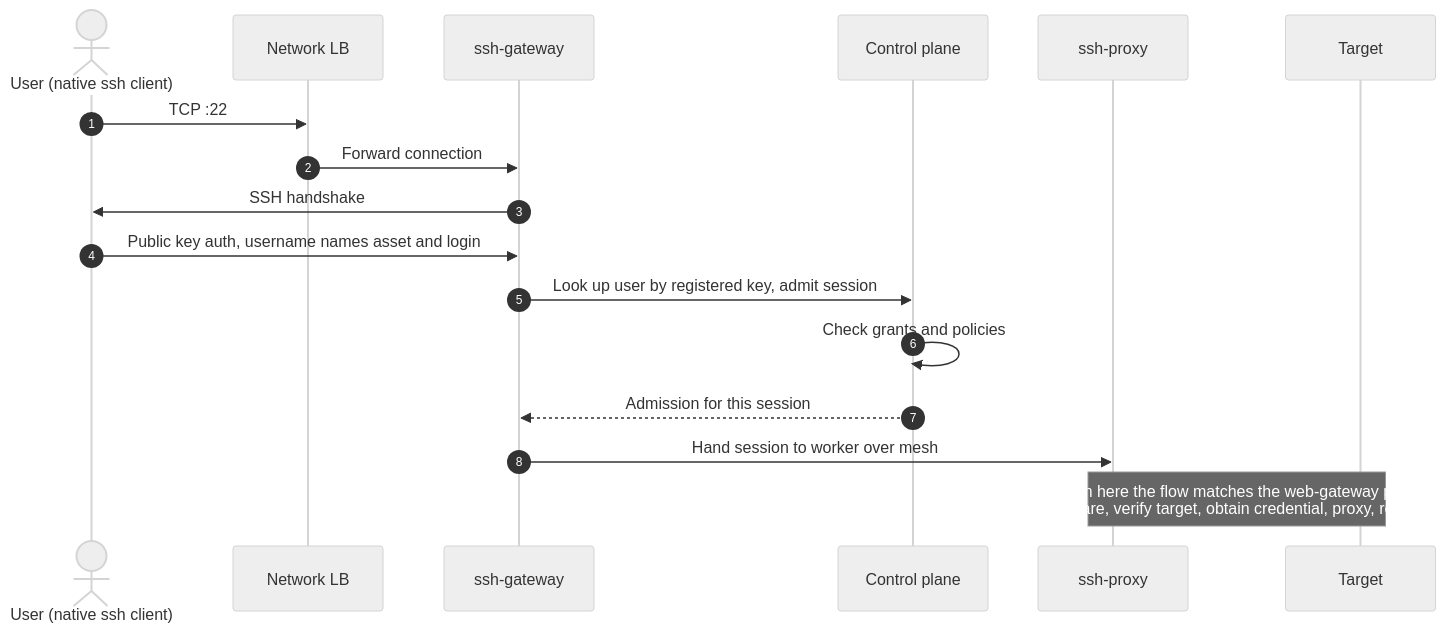
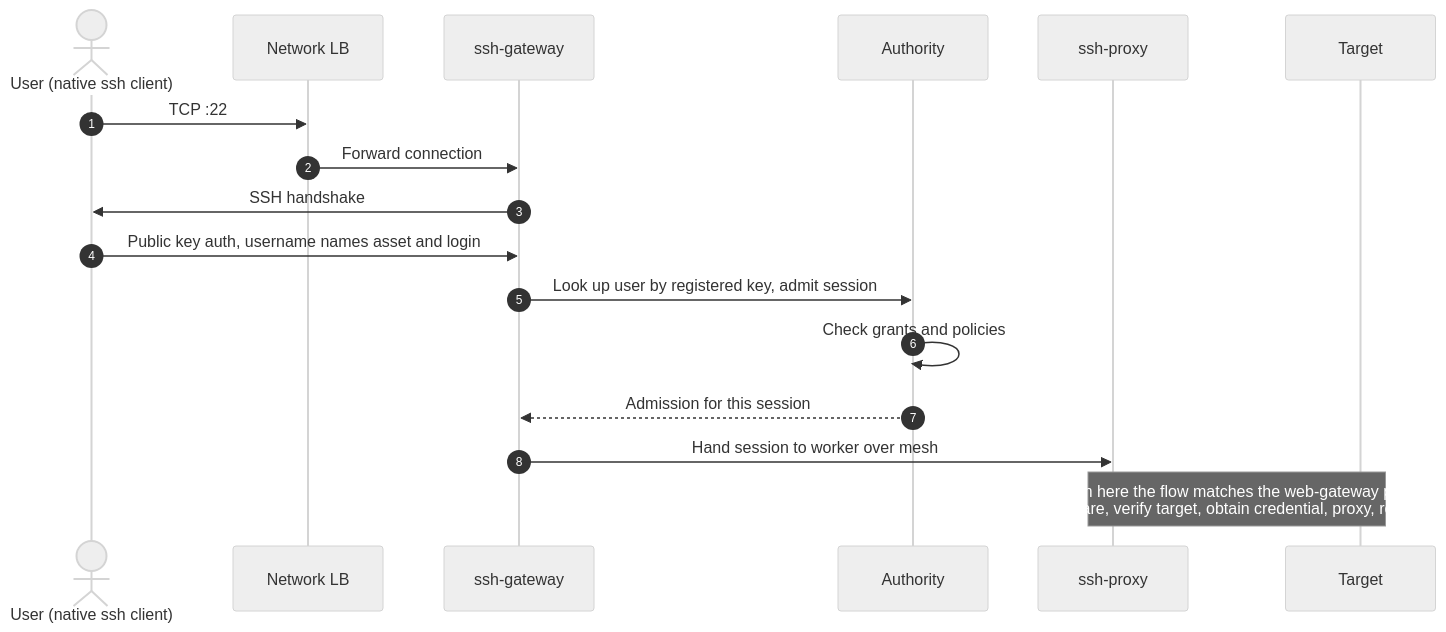
Before and after one commit to tidegate-dev/enhancements: the third of 6 diagrams in teps/0002-architecture/README.md, drawn with Mermaid (neutral theme). The commit also changed other lines of this file, not shown here.

First line of the commit message:
docs: rename the control plane to the authority in TEP-0002 (#9)

````diff
--- a/teps/0002-architecture/README.md
+++ b/teps/0002-architecture/README.md
@@ -227,20 +227,20 @@
 ```mermaid
 sequenceDiagram
     autonumber
     actor U as User (native ssh client)
     participant LB as Network LB
     participant SG as ssh-gateway
-    participant CP as Control plane
+    participant AU as Authority
     participant W as ssh-proxy
     participant T as Target
 
     U->>LB: TCP :22
     LB->>SG: Forward connection
     SG->>U: SSH handshake
     U->>SG: Public key auth, username names asset and login
-    SG->>CP: Look up user by registered key, admit session
-    CP->>CP: Check grants and policies
-    CP-->>SG: Admission for this session
+    SG->>AU: Look up user by registered key, admit session
+    AU->>AU: Check grants and policies
+    AU-->>SG: Admission for this session
     SG->>W: Hand session to worker over mesh
     Note over W,T: From here the flow matches the web-gateway path:<br>prepare, verify target, obtain credential, proxy, record
 ```
````
